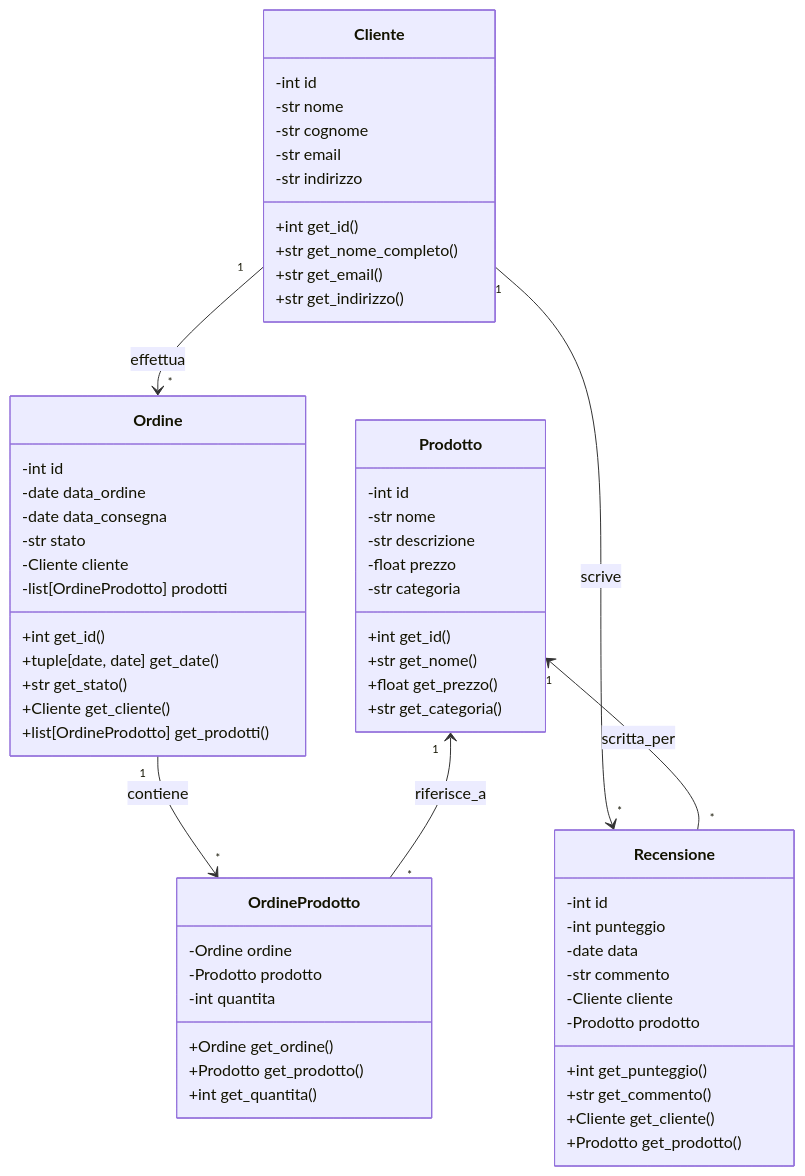
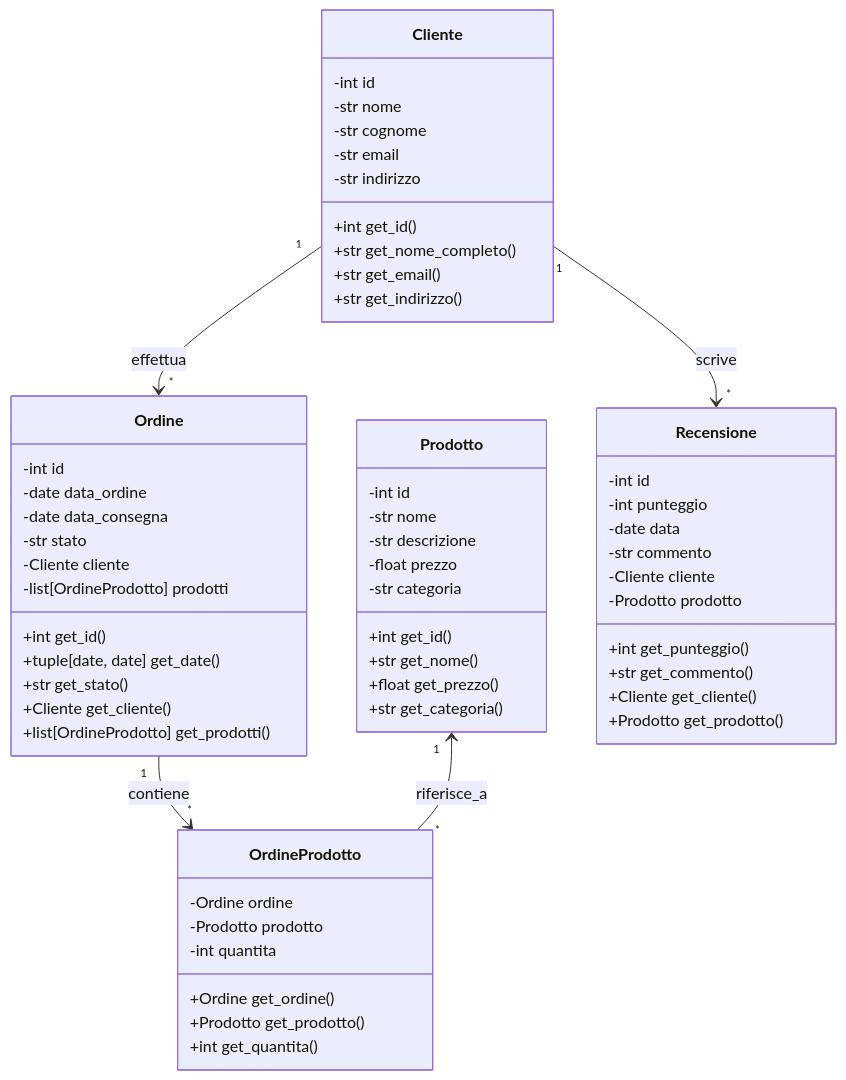
The diagram in src/e20.mermaid (angelogalantiscuola/2425_4M), drawn with Mermaid before and after one commit.

Commit message:
Remove unnecessary relationship from UML class diagram for e-commerce system

```diff
--- a/src/e20.mermaid
+++ b/src/e20.mermaid
@@ -1,67 +1,66 @@
 classDiagram
 
     class Prodotto {
         -int id
         -str nome 
         -str descrizione
         -float prezzo
         -str categoria
         +int get_id()
         +str get_nome()
         +float get_prezzo()
         +str get_categoria()
     }
 
     class OrdineProdotto {
         -Ordine ordine
         -Prodotto prodotto 
         -int quantita
         +Ordine get_ordine()
         +Prodotto get_prodotto()
         +int get_quantita()
     }
 
     class Ordine {
         -int id
         -date data_ordine
         -date data_consegna
         -str stato
         -Cliente cliente
         -list[OrdineProdotto] prodotti
         +int get_id()
         +tuple[date, date] get_date()
         +str get_stato()
         +Cliente get_cliente()
         +list[OrdineProdotto] get_prodotti()
     }
     class Cliente {
         -int id
         -str nome
         -str cognome
         -str email
         -str indirizzo
         +int get_id()
         +str get_nome_completo()
         +str get_email()
         +str get_indirizzo()
     }
 
 
     class Recensione {
         -int id
         -int punteggio
         -date data
         -str commento
         -Cliente cliente
         -Prodotto prodotto
         +int get_punteggio()
         +str get_commento()
         +Cliente get_cliente()
         +Prodotto get_prodotto()
     }
 
     Cliente "1" --> "*" Ordine : effettua
     Cliente "1" --> "*" Recensione : scrive
-    Prodotto "1" <-- "*" Recensione : scritta_per
     Ordine "1" --> "*" OrdineProdotto : contiene
     Prodotto "1" <-- "*" OrdineProdotto : riferisce_a
```
